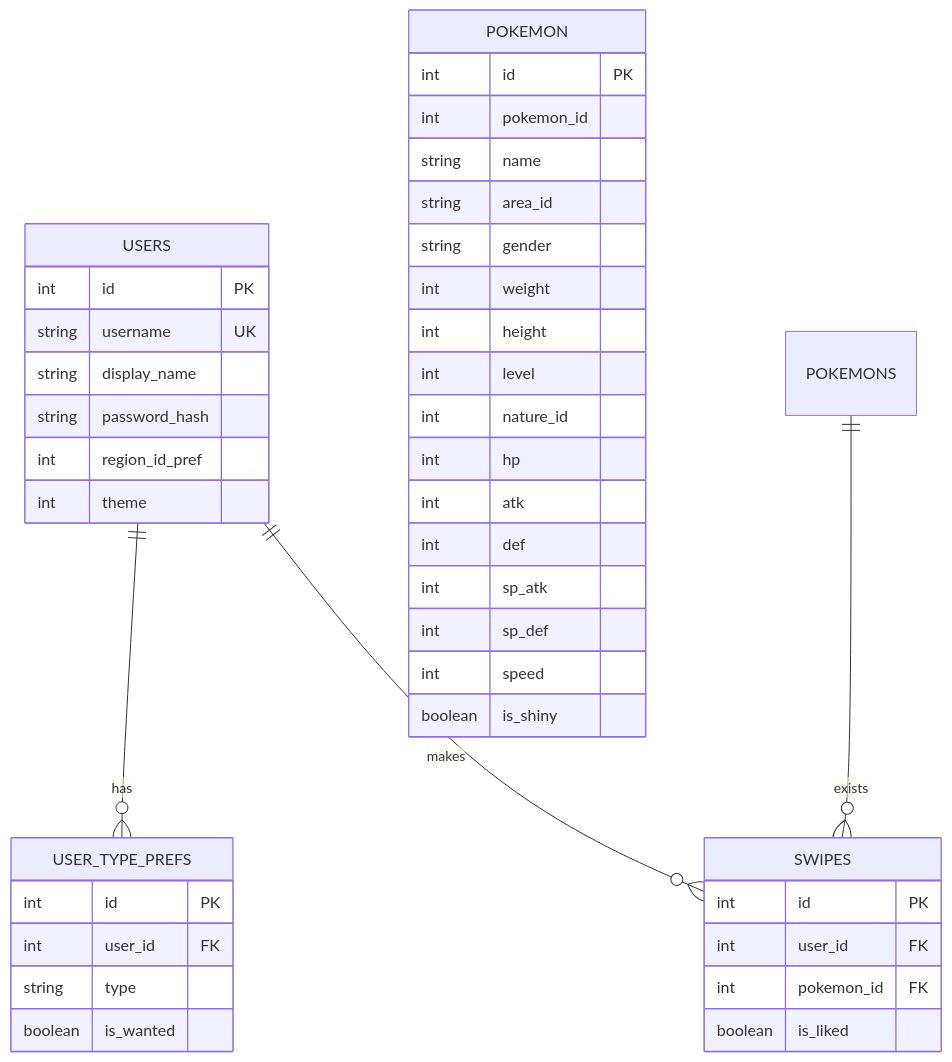
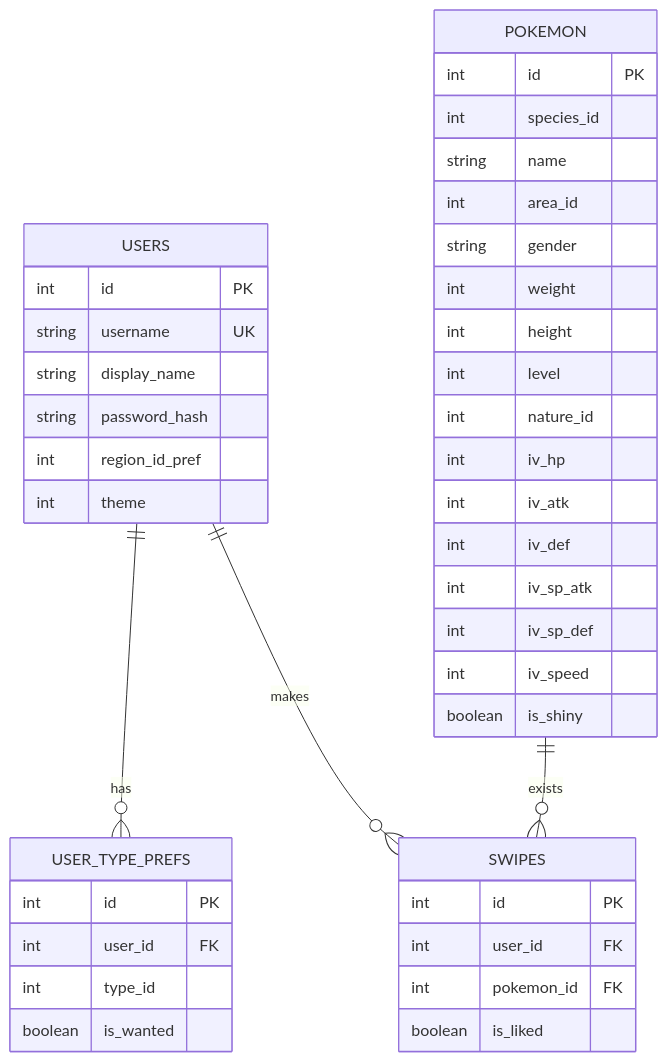
Before and after one commit to hauglandvegard/DexMatch: the second of 3 diagrams in README.md, drawn with Mermaid. The commit also changed 1 other file, not shown here.

Commit message:
Refactored database - Even more new discoveries!

````diff
--- a/README.md
+++ b/README.md
@@ -125,48 +125,48 @@
 ```mermaid
 erDiagram
     USERS {
         int id PK
         string username UK
         string display_name
         string password_hash
         int region_id_pref
         int theme
     }
     
     USER_TYPE_PREFS {
         int id PK
         int user_id FK
-        string type
+        int type_id
         boolean is_wanted
     }
     
     POKEMON {
         int id PK          
-        int pokemon_id
+        int species_id
         string name
-        string area_id
+        int area_id
         string gender
         int weight
         int height
         int level
         int nature_id
-        int hp
-        int atk
-        int def
-        int sp_atk
-        int sp_def
-        int speed
+        int iv_hp
+        int iv_atk
+        int iv_def
+        int iv_sp_atk
+        int iv_sp_def
+        int iv_speed
         boolean is_shiny
     }
     
     SWIPES {
         int id PK
         int user_id FK
         int pokemon_id FK
         boolean is_liked
     }
     
     USERS ||--o{ USER_TYPE_PREFS: has
     USERS ||--o{ SWIPES: makes
-    POKEMONS ||--o{ SWIPES: exists
+    POKEMON ||--o{ SWIPES: exists
 ```
````
